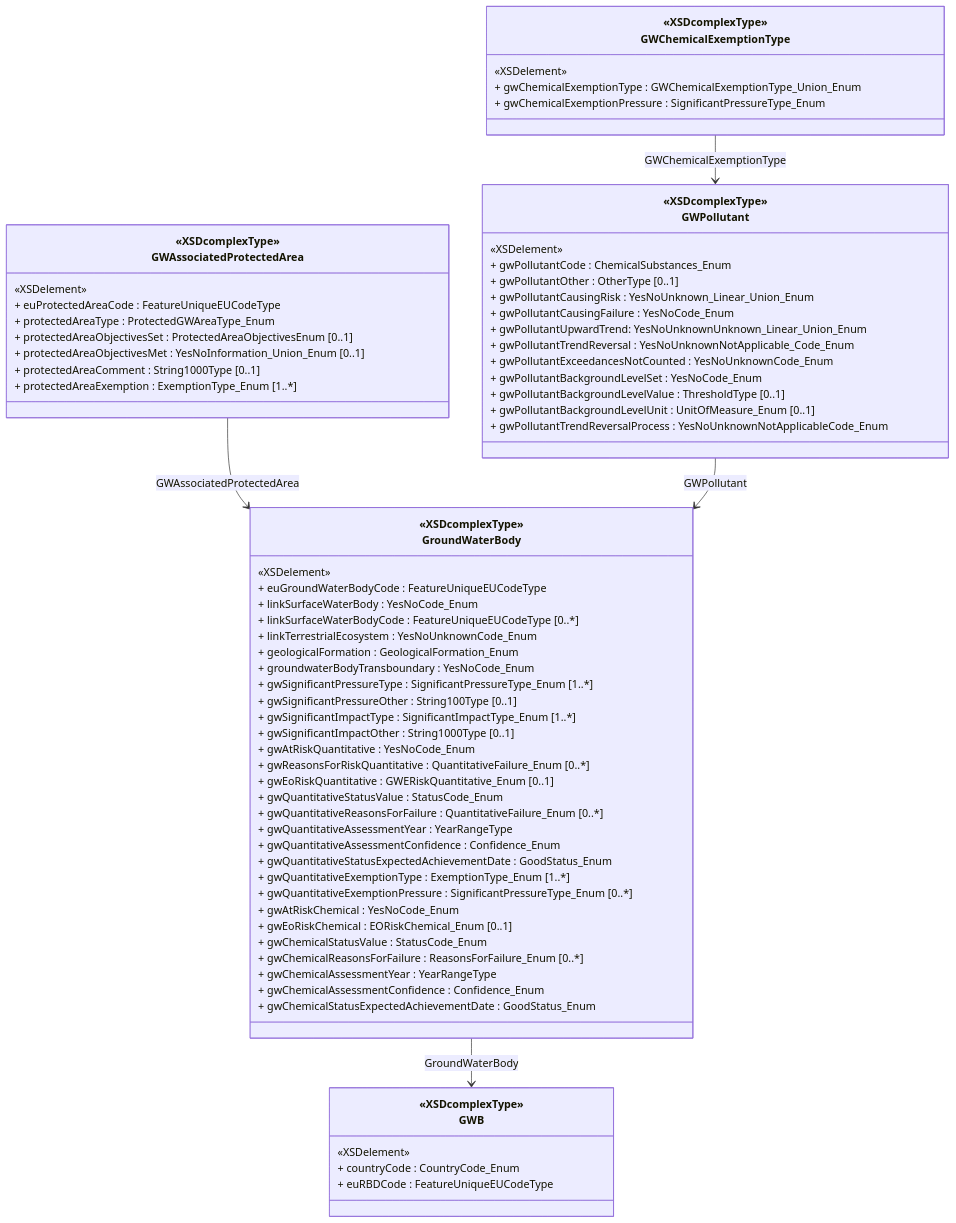
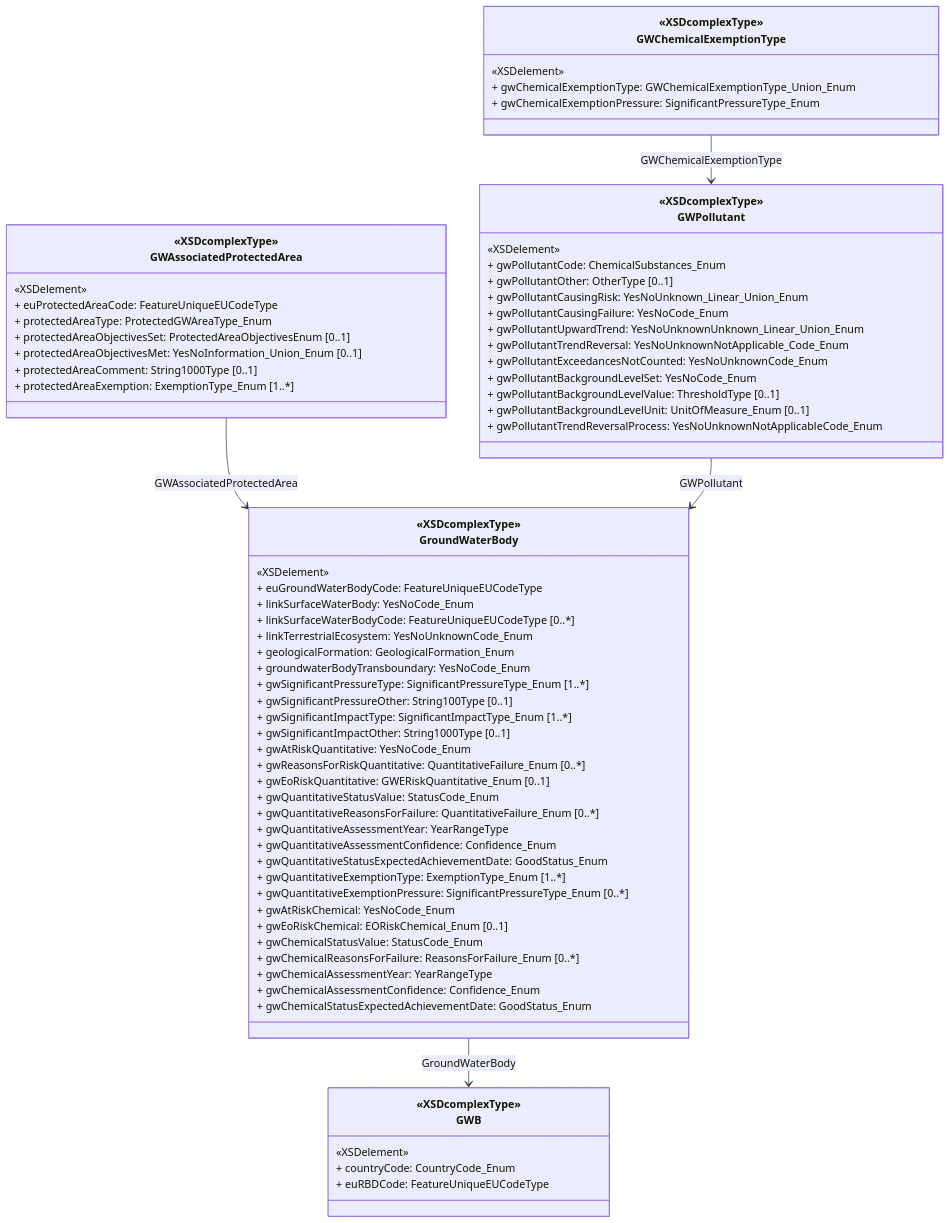
The diagram in docs/DataModelReview/mmd/Groundwater_3rdCycle_GWB_ClassDiagram.mmd (eeadata/WISE.WFD.Documentation), drawn with Mermaid before and after one commit. The commit also changed 49 other files, not shown here.

```diff
--- a/docs/DataModelReview/mmd/Groundwater_3rdCycle_GWB_ClassDiagram.mmd
+++ b/docs/DataModelReview/mmd/Groundwater_3rdCycle_GWB_ClassDiagram.mmd
@@ -1,87 +1,87 @@
 ---
 config:
   class:
     hideEmptyMembersBox: true
   layout: dagre
   theme: default
 ---
 
 classDiagram
 class GWChemicalExemptionType ["«XSDcomplexType»
 GWChemicalExemptionType"] {
   «XSDelement»
-  + gwChemicalExemptionType : GWChemicalExemptionType_Union_Enum
-  + gwChemicalExemptionPressure : SignificantPressureType_Enum
+  + gwChemicalExemptionType: GWChemicalExemptionType_Union_Enum
+  + gwChemicalExemptionPressure: SignificantPressureType_Enum
 }
 
 class GWPollutant ["«XSDcomplexType»
 GWPollutant"]{
   «XSDelement»
-  + gwPollutantCode : ChemicalSubstances_Enum
-  + gwPollutantOther : OtherType [0..1]
-  + gwPollutantCausingRisk : YesNoUnknown_Linear_Union_Enum
-  + gwPollutantCausingFailure : YesNoCode_Enum
+  + gwPollutantCode: ChemicalSubstances_Enum
+  + gwPollutantOther: OtherType [0..1]
+  + gwPollutantCausingRisk: YesNoUnknown_Linear_Union_Enum
+  + gwPollutantCausingFailure: YesNoCode_Enum
   + gwPollutantUpwardTrend: YesNoUnknownUnknown_Linear_Union_Enum
-  + gwPollutantTrendReversal : YesNoUnknownNotApplicable_Code_Enum
-  + gwPollutantExceedancesNotCounted : YesNoUnknownCode_Enum
-  + gwPollutantBackgroundLevelSet : YesNoCode_Enum
-  + gwPollutantBackgroundLevelValue : ThresholdType [0..1]
-  + gwPollutantBackgroundLevelUnit : UnitOfMeasure_Enum [0..1]
-  + gwPollutantTrendReversalProcess : YesNoUnknownNotApplicableCode_Enum
+  + gwPollutantTrendReversal: YesNoUnknownNotApplicable_Code_Enum
+  + gwPollutantExceedancesNotCounted: YesNoUnknownCode_Enum
+  + gwPollutantBackgroundLevelSet: YesNoCode_Enum
+  + gwPollutantBackgroundLevelValue: ThresholdType [0..1]
+  + gwPollutantBackgroundLevelUnit: UnitOfMeasure_Enum [0..1]
+  + gwPollutantTrendReversalProcess: YesNoUnknownNotApplicableCode_Enum
 }
 
 class GWAssociatedProtectedArea ["«XSDcomplexType»
 GWAssociatedProtectedArea"]{
   «XSDelement»
-  + euProtectedAreaCode : FeatureUniqueEUCodeType
-  + protectedAreaType : ProtectedGWAreaType_Enum
-  + protectedAreaObjectivesSet : ProtectedAreaObjectivesEnum [0..1]
-  + protectedAreaObjectivesMet : YesNoInformation_Union_Enum [0..1]
-  + protectedAreaComment : String1000Type [0..1]
-  + protectedAreaExemption : ExemptionType_Enum [1..*]
+  + euProtectedAreaCode: FeatureUniqueEUCodeType
+  + protectedAreaType: ProtectedGWAreaType_Enum
+  + protectedAreaObjectivesSet: ProtectedAreaObjectivesEnum [0..1]
+  + protectedAreaObjectivesMet: YesNoInformation_Union_Enum [0..1]
+  + protectedAreaComment: String1000Type [0..1]
+  + protectedAreaExemption: ExemptionType_Enum [1..*]
 }
 
 class GroundWaterBody ["«XSDcomplexType»
 GroundWaterBody"] {
   «XSDelement»
-  + euGroundWaterBodyCode : FeatureUniqueEUCodeType
-  + linkSurfaceWaterBody : YesNoCode_Enum
-  + linkSurfaceWaterBodyCode : FeatureUniqueEUCodeType [0..*]
-  + linkTerrestrialEcosystem : YesNoUnknownCode_Enum
-  + geologicalFormation : GeologicalFormation_Enum
-  + groundwaterBodyTransboundary : YesNoCode_Enum
-  + gwSignificantPressureType : SignificantPressureType_Enum [1..*]
-  + gwSignificantPressureOther : String100Type [0..1]
-  + gwSignificantImpactType : SignificantImpactType_Enum [1..*]
-  + gwSignificantImpactOther : String1000Type [0..1]
-  + gwAtRiskQuantitative : YesNoCode_Enum
-  + gwReasonsForRiskQuantitative : QuantitativeFailure_Enum [0..*]
-  + gwEoRiskQuantitative : GWERiskQuantitative_Enum [0..1]
-  + gwQuantitativeStatusValue : StatusCode_Enum
-  + gwQuantitativeReasonsForFailure : QuantitativeFailure_Enum [0..*]
-  + gwQuantitativeAssessmentYear : YearRangeType
-  + gwQuantitativeAssessmentConfidence : Confidence_Enum
-  + gwQuantitativeStatusExpectedAchievementDate : GoodStatus_Enum
-  + gwQuantitativeExemptionType : ExemptionType_Enum [1..*]
-  + gwQuantitativeExemptionPressure : SignificantPressureType_Enum [0..*]
-  + gwAtRiskChemical : YesNoCode_Enum
-  + gwEoRiskChemical : EORiskChemical_Enum [0..1]
-  + gwChemicalStatusValue : StatusCode_Enum
-  + gwChemicalReasonsForFailure : ReasonsForFailure_Enum [0..*]
-  + gwChemicalAssessmentYear : YearRangeType
-  + gwChemicalAssessmentConfidence : Confidence_Enum
-  + gwChemicalStatusExpectedAchievementDate : GoodStatus_Enum
+  + euGroundWaterBodyCode: FeatureUniqueEUCodeType
+  + linkSurfaceWaterBody: YesNoCode_Enum
+  + linkSurfaceWaterBodyCode: FeatureUniqueEUCodeType [0..*]
+  + linkTerrestrialEcosystem: YesNoUnknownCode_Enum
+  + geologicalFormation: GeologicalFormation_Enum
+  + groundwaterBodyTransboundary: YesNoCode_Enum
+  + gwSignificantPressureType: SignificantPressureType_Enum [1..*]
+  + gwSignificantPressureOther: String100Type [0..1]
+  + gwSignificantImpactType: SignificantImpactType_Enum [1..*]
+  + gwSignificantImpactOther: String1000Type [0..1]
+  + gwAtRiskQuantitative: YesNoCode_Enum
+  + gwReasonsForRiskQuantitative: QuantitativeFailure_Enum [0..*]
+  + gwEoRiskQuantitative: GWERiskQuantitative_Enum [0..1]
+  + gwQuantitativeStatusValue: StatusCode_Enum
+  + gwQuantitativeReasonsForFailure: QuantitativeFailure_Enum [0..*]
+  + gwQuantitativeAssessmentYear: YearRangeType
+  + gwQuantitativeAssessmentConfidence: Confidence_Enum
+  + gwQuantitativeStatusExpectedAchievementDate: GoodStatus_Enum
+  + gwQuantitativeExemptionType: ExemptionType_Enum [1..*]
+  + gwQuantitativeExemptionPressure: SignificantPressureType_Enum [0..*]
+  + gwAtRiskChemical: YesNoCode_Enum
+  + gwEoRiskChemical: EORiskChemical_Enum [0..1]
+  + gwChemicalStatusValue: StatusCode_Enum
+  + gwChemicalReasonsForFailure: ReasonsForFailure_Enum [0..*]
+  + gwChemicalAssessmentYear: YearRangeType
+  + gwChemicalAssessmentConfidence: Confidence_Enum
+  + gwChemicalStatusExpectedAchievementDate: GoodStatus_Enum
 }
 
 class GWB ["«XSDcomplexType»
 GWB"]{
   «XSDelement»
-  + countryCode : CountryCode_Enum
-  + euRBDCode : FeatureUniqueEUCodeType
+  + countryCode: CountryCode_Enum
+  + euRBDCode: FeatureUniqueEUCodeType
 }
 
 
-GWAssociatedProtectedArea --> GroundWaterBody : GWAssociatedProtectedArea
-GWPollutant --> GroundWaterBody : GWPollutant
-GWChemicalExemptionType --> GWPollutant : GWChemicalExemptionType
-GroundWaterBody --> GWB : GroundWaterBody
+GWAssociatedProtectedArea --> GroundWaterBody: GWAssociatedProtectedArea
+GWPollutant --> GroundWaterBody: GWPollutant
+GWChemicalExemptionType --> GWPollutant: GWChemicalExemptionType
+GroundWaterBody --> GWB: GroundWaterBody
```
